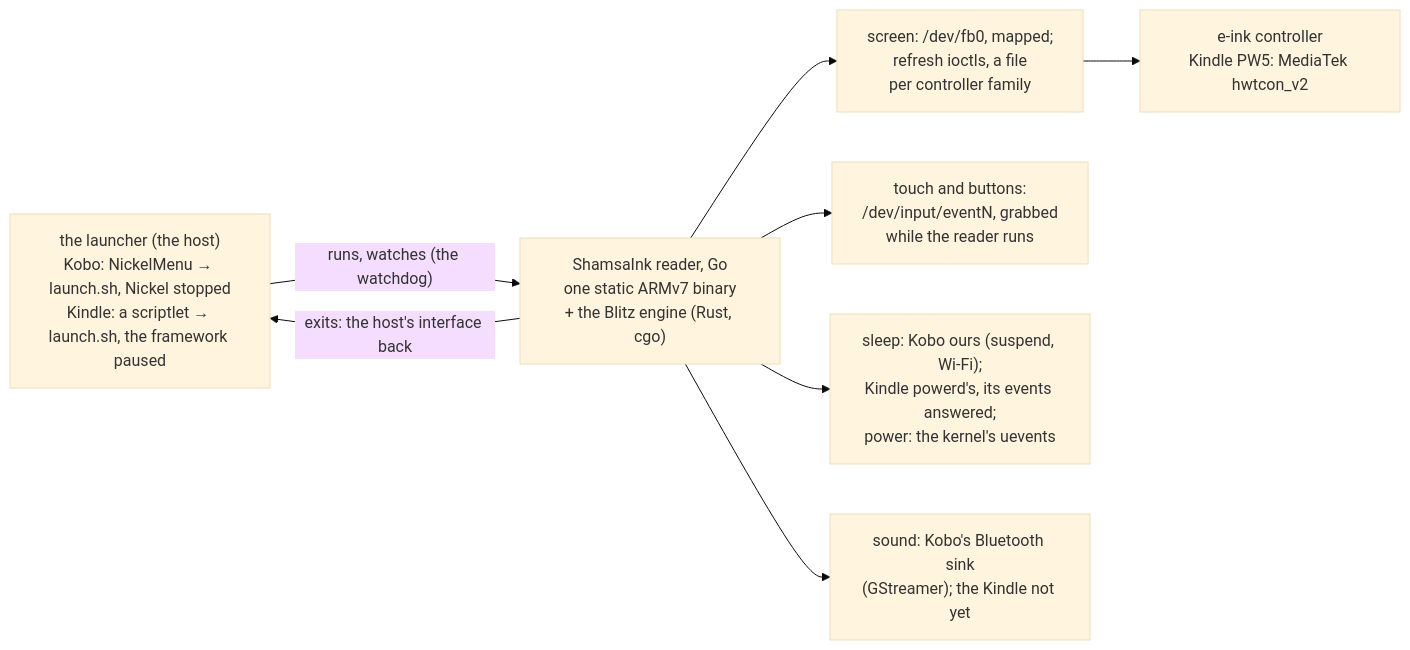
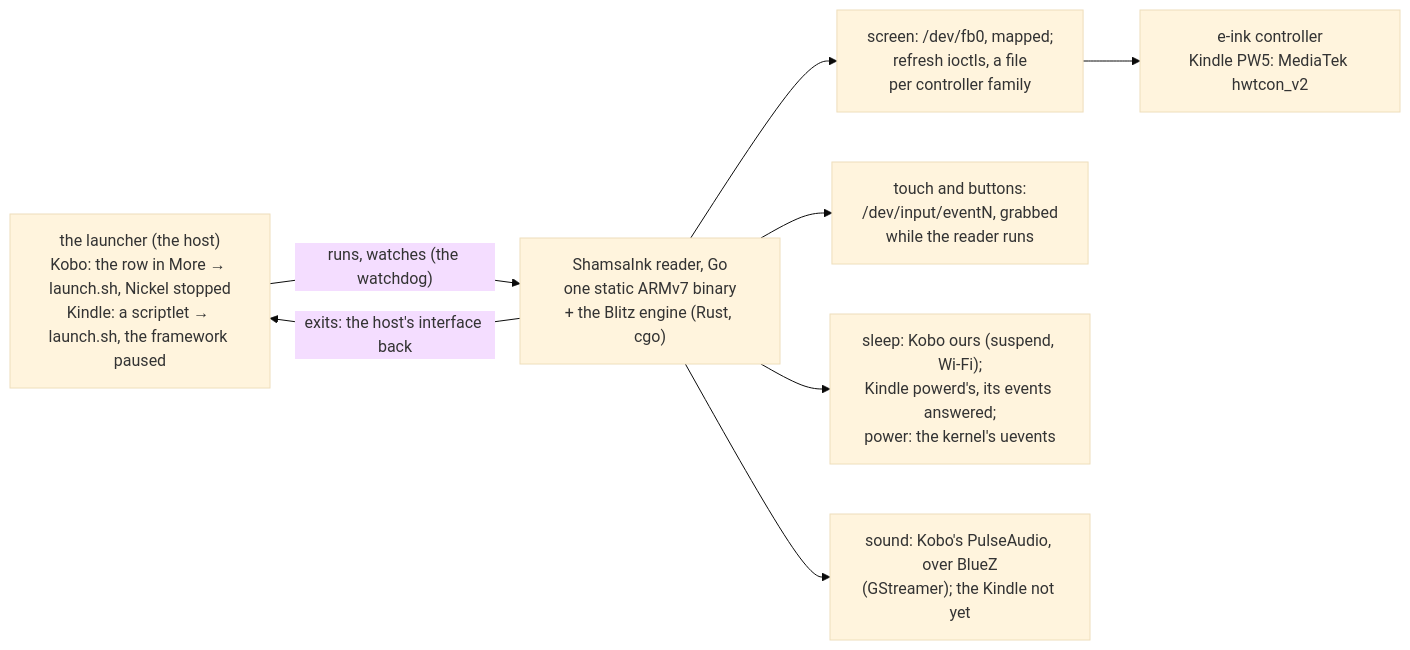
One commit to ardeshirj/shamsaink changed the fourth of 5 diagrams in docs/DESIGN.md. Above: the diagram before and after it, drawn with Mermaid (base theme). The commit also changed other lines of this file and 11 other files, not shown here.

First line of the commit message:
Docs for Kobo firmware 5 and 6: setup without NickelMenu or KOReader, the launcher, dev SSH, 4.x kept as history

````diff
--- a/docs/DESIGN.md
+++ b/docs/DESIGN.md
@@ -181,10 +182,10 @@
 ```mermaid
 flowchart LR
-  ko["the launcher (the host)<br/>Kobo: NickelMenu → launch.sh, Nickel stopped<br/>Kindle: a scriptlet → launch.sh, the framework paused"] -- "runs, watches (the watchdog)" --> app["ShamsaInk reader, Go<br/>one static ARMv7 binary<br/>+ the Blitz engine (Rust, cgo)"]
+  ko["the launcher (the host)<br/>Kobo: the row in More → launch.sh, Nickel stopped<br/>Kindle: a scriptlet → launch.sh, the framework paused"] -- "runs, watches (the watchdog)" --> app["ShamsaInk reader, Go<br/>one static ARMv7 binary<br/>+ the Blitz engine (Rust, cgo)"]
   app -- "exits: the host's interface back" --> ko
   app --> scr["screen: /dev/fb0, mapped;<br/>refresh ioctls, a file<br/>per controller family"]
   app --> inp["touch and buttons:<br/>/dev/input/eventN, grabbed<br/>while the reader runs"]
   app --> pw["sleep: Kobo ours (suspend, Wi-Fi);<br/>Kindle powerd's, its events answered;<br/>power: the kernel's uevents"]
-  app --> snd["sound: Kobo's Bluetooth sink<br/>(GStreamer); the Kindle not yet"]
+  app --> snd["sound: Kobo's PulseAudio, over BlueZ<br/>(GStreamer); the Kindle not yet"]
   scr --> panel["e-ink controller<br/>Kindle PW5: MediaTek hwtcon_v2"]
 ```
````
